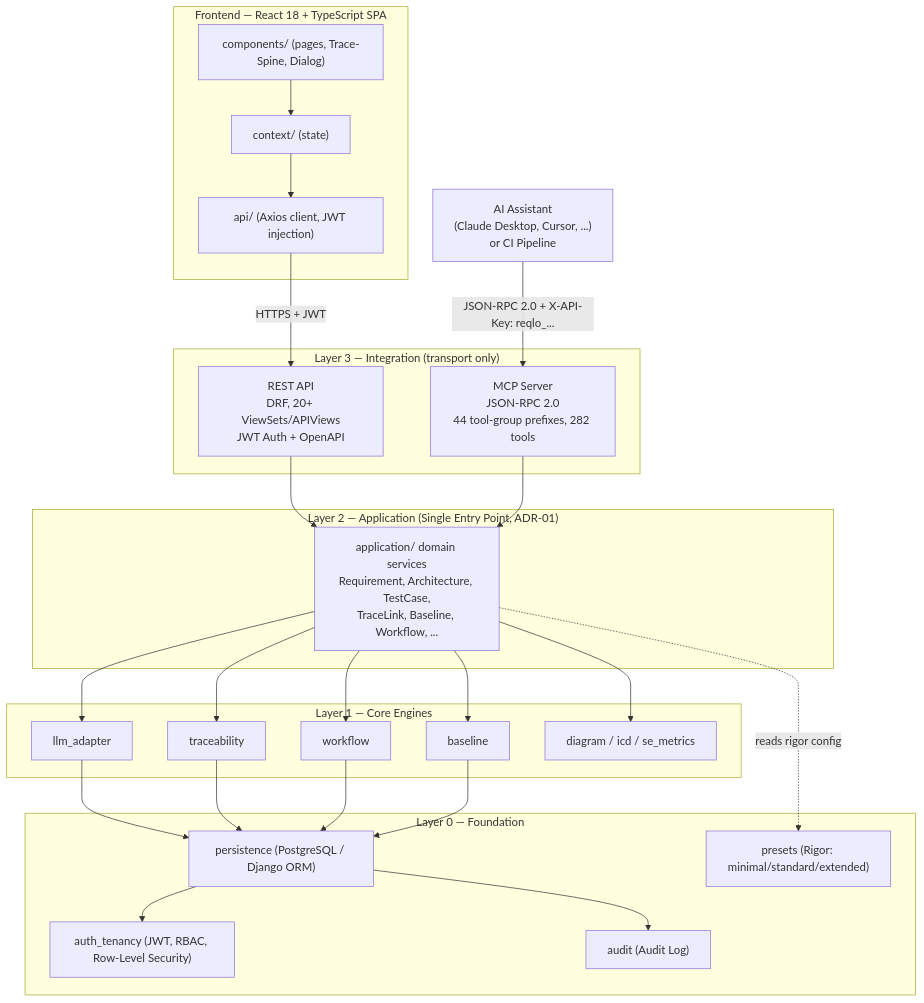
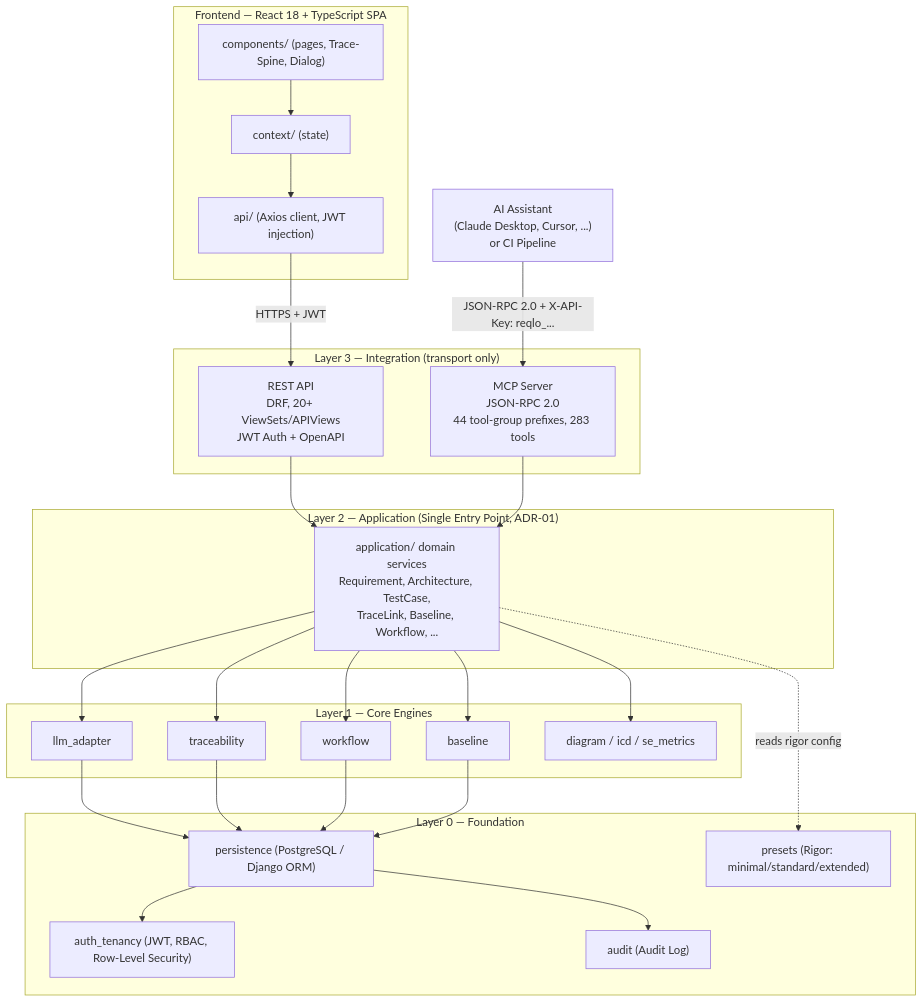
Before and after one commit to Popoboxxo/ReqogniLoom: the first of 3 diagrams in README.md, drawn with Mermaid. The commit also changed other lines of this file and 50 other files, not shown here.

````diff
--- a/README.md
+++ b/README.md
@@ -102,53 +102,53 @@
 ```mermaid
 graph TD
     subgraph FE["Frontend — React 18 + TypeScript SPA"]
         UI["components/ (pages, Trace-Spine, Dialog)"]
         CTX["context/ (state)"]
         APICLIENT["api/ (Axios client, JWT injection)"]
         UI --> CTX --> APICLIENT
     end
 
     EXT["AI Assistant<br/>(Claude Desktop, Cursor, ...)<br/>or CI Pipeline"]
 
     subgraph L3["Layer 3 — Integration (transport only)"]
         REST["REST API<br/>DRF, 20+ ViewSets/APIViews<br/>JWT Auth + OpenAPI"]
-        MCP["MCP Server<br/>JSON-RPC 2.0<br/>44 tool-group prefixes, 282 tools"]
+        MCP["MCP Server<br/>JSON-RPC 2.0<br/>44 tool-group prefixes, 283 tools"]
     end
 
     subgraph L2["Layer 2 — Application (Single Entry Point, ADR-01)"]
         APP["application/ domain services<br/>Requirement, Architecture, TestCase,<br/>TraceLink, Baseline, Workflow, ..."]
     end
 
     subgraph L1["Layer 1 — Core Engines"]
         LLM["llm_adapter"]
         TRACE["traceability"]
         WF["workflow"]
         BASE["baseline"]
         DIAG["diagram / icd / se_metrics"]
     end
 
     subgraph L0["Layer 0 — Foundation"]
         PERSIST["persistence (PostgreSQL / Django ORM)"]
         AUTH["auth_tenancy (JWT, RBAC, Row-Level Security)"]
         PRESET["presets (Rigor: minimal/standard/extended)"]
         AUDIT["audit (Audit Log)"]
     end
 
     APICLIENT -->|"HTTPS + JWT"| REST
     EXT -->|"JSON-RPC 2.0 + X-API-Key: reqlo_..."| MCP
 
     REST --> APP
     MCP --> APP
     APP --> LLM
     APP --> TRACE
     APP --> WF
     APP --> BASE
     APP --> DIAG
     APP -.->|"reads rigor config"| PRESET
     LLM --> PERSIST
     TRACE --> PERSIST
     WF --> PERSIST
     BASE --> PERSIST
     PERSIST --> AUTH
     PERSIST --> AUDIT
 ```
````
